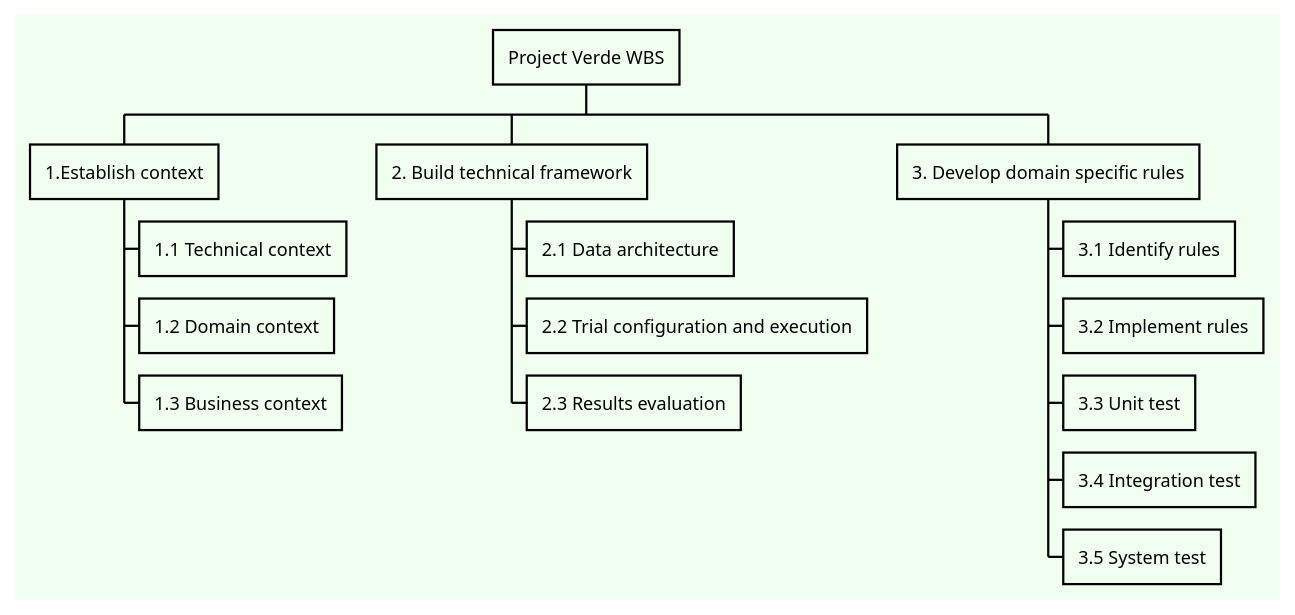
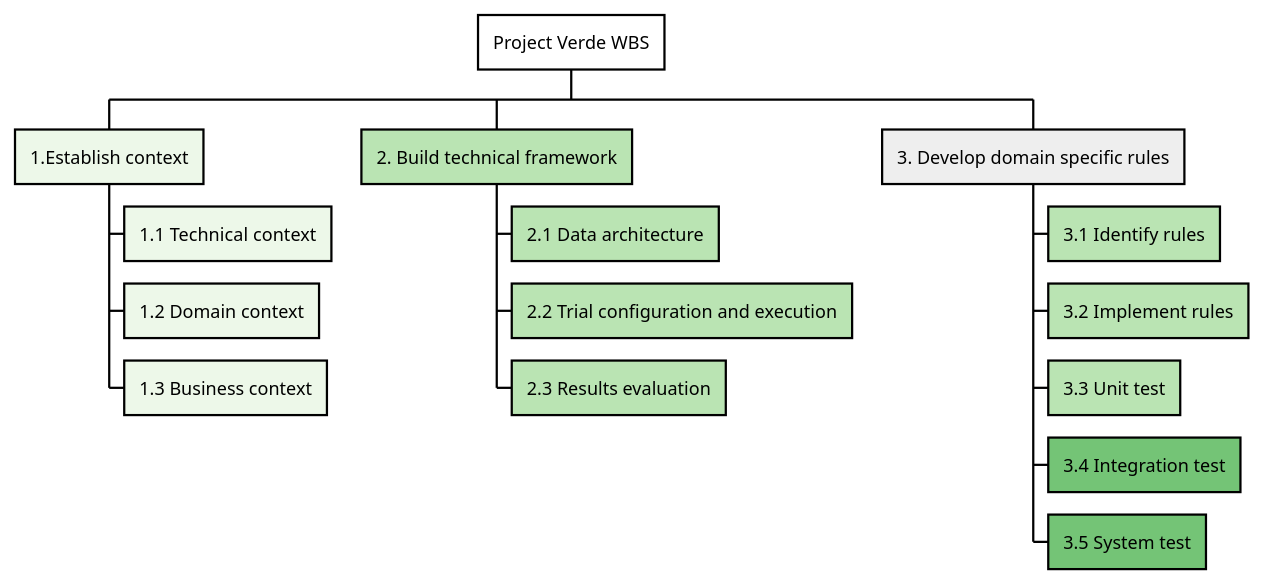
Before and after one commit to trubens71/verde: the diagram in docs/uml/project_wbs.puml, drawn with PlantUML. The commit also changed other lines of this file and 517 other files, not shown here.

```diff
--- a/docs/uml/project_wbs.puml
+++ b/docs/uml/project_wbs.puml
@@ -1,28 +1,42 @@
 @startwbs
 
 <style>
 wbsDiagram {
     Linecolor black
-    BackgroundColor #honeydew
+    .phase0Style * {
+     BackgroundColor #ffffff
+    }
+    .phaseSplitStyle * {
+     BackgroundColor #eeeeee
+    }
+    .phase1Style * {
+     BackgroundColor #edf8e9
+    }
+    .phase2Style * {
+     BackgroundColor #bae4b3
+    }
+    .phase3Style * {
+     BackgroundColor #74c476
+    }
 }
 </style>
-* Project Verde WBS
+* Project Verde WBS <<phase0Style>>
 
-** 1.Establish context
+** 1.Establish context <<phase1Style>>
 *** 1.1 Technical context
 *** 1.2 Domain context
 *** 1.3 Business context
 
-** 2. Build technical framework
+** 2. Build technical framework <<phase2Style>>
 *** 2.1 Data architecture
 *** 2.2 Trial configuration and execution
 *** 2.3 Results evaluation
 
-** 3. Develop domain specific rules
-*** 3.1 Identify rules
-*** 3.2 Implement rules
-*** 3.3 Unit test
-*** 3.4 Integration test
-*** 3.5 System test
+** 3. Develop domain specific rules <<phaseSplitStyle>>
+*** 3.1 Identify rules <<phase2Style>>
+*** 3.2 Implement rules <<phase2Style>>
+*** 3.3 Unit test <<phase2Style>>
+*** 3.4 Integration test <<phase3Style>>
+*** 3.5 System test <<phase3Style>>
 
 @endwbs
```
